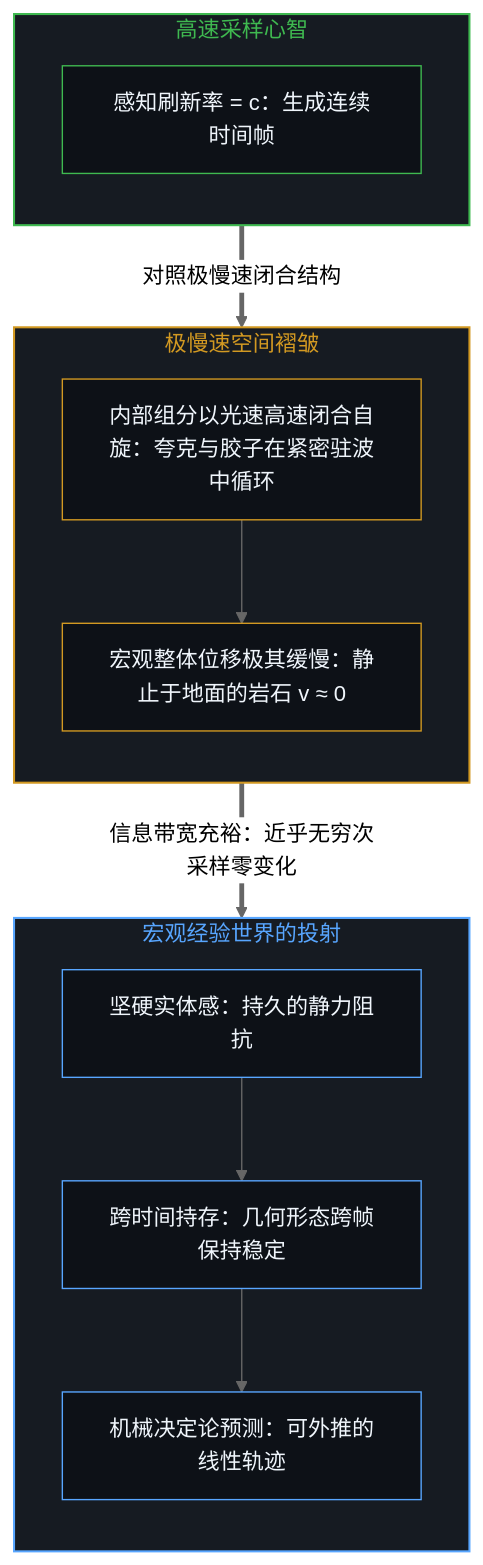
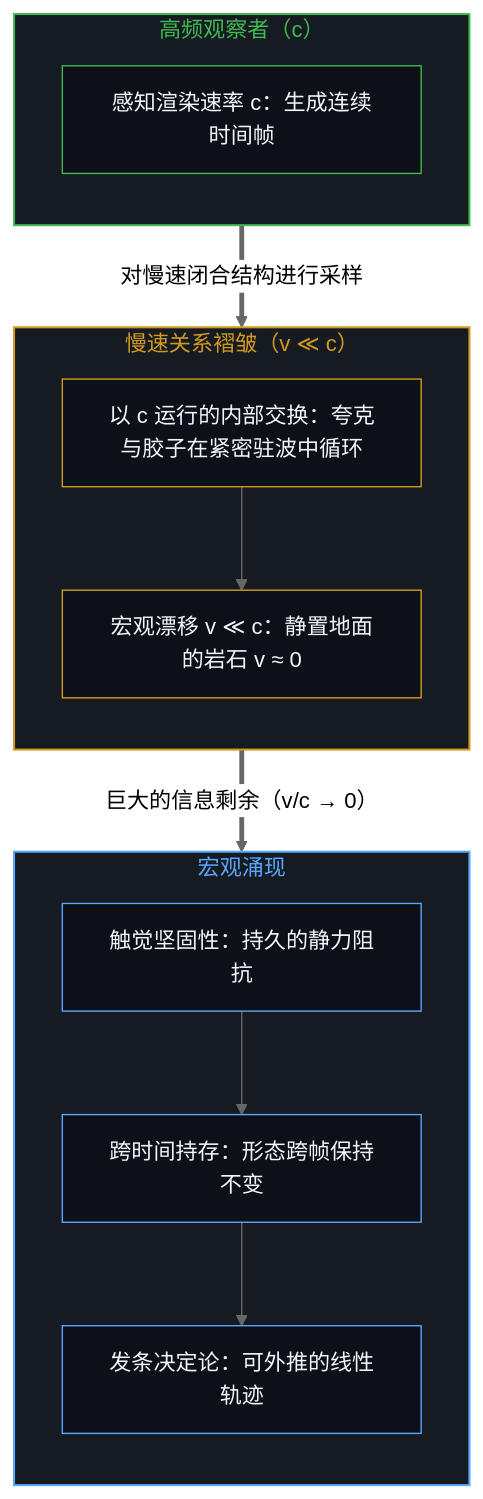
The fifth of 10 diagrams in content/posts/the-velocity-of-visibility.md (powerpig99/not-a-toe), drawn with Mermaid (neutral theme) before and after one commit. The commit also changed other lines of this file and 7 other files, not shown here.

````diff
--- a/content/posts/the-velocity-of-visibility.md
+++ b/content/posts/the-velocity-of-visibility.md
@@ -141,35 +131,31 @@
 ```mermaid
 flowchart TD
-    subgraph S_FastMind["高速采样心智"]
+    subgraph S_FastMind["高频观察者（c）"]
         direction TB
-        MindClock["感知刷新率 = c：生成连续时间帧"]
+        MindClock["感知渲染速率 c：生成连续时间帧"]
     end
-
-    subgraph S_SlowMatter["极慢速空间褶皱"]
+    subgraph S_SlowMatter["慢速关系褶皱（v ≪ c）"]
         direction TB
-        InternalSpin["内部组分以光速高速闭合自旋：夸克与胶子在紧密驻波中循环"]
-        MacroMotion["宏观整体位移极其缓慢：静止于地面的岩石 v ≈ 0"]
+        InternalSpin["以 c 运行的内部交换：夸克与胶子在紧密驻波中循环"]
+        MacroMotion["宏观漂移 v ≪ c：静置地面的岩石 v ≈ 0"]
         InternalSpin --> MacroMotion
     end
-
-    subgraph S_Projection["宏观经验世界的投射"]
+    subgraph S_Projection["宏观涌现"]
         direction TB
-        Solidity["坚硬实体感：持久的静力阻抗"]
-        Permanence["跨时间持存：几何形态跨帧保持稳定"]
-        Determinism["机械决定论预测：可外推的线性轨迹"]
+        Solidity["触觉坚固性：持久的静力阻抗"]
+        Permanence["跨时间持存：形态跨帧保持不变"]
+        Determinism["发条决定论：可外推的线性轨迹"]
         Solidity --> Permanence --> Determinism
     end
-
-    MindClock ==>|"对照极慢速闭合结构"| InternalSpin
-    MacroMotion ==>|"信息带宽充裕：近乎无穷次采样零变化"| Solidity
-
+    MindClock ==>|"对慢速闭合结构进行采样"| InternalSpin
+    MacroMotion ==>|"巨大的信息剩余（v/c → 0）"| Solidity
     style S_FastMind fill:#161b22,stroke:#3fb950,stroke-width:1.5px,color:#3fb950
     style S_SlowMatter fill:#161b22,stroke:#d29922,stroke-width:1.5px,color:#d29922
     style S_Projection fill:#161b22,stroke:#58a6ff,stroke-width:1.5px,color:#58a6ff
     style MindClock fill:#0d1117,stroke:#3fb950,stroke-width:1px,color:#f0f6fc
     style InternalSpin fill:#0d1117,stroke:#d29922,stroke-width:1px,color:#f0f6fc
     style MacroMotion fill:#0d1117,stroke:#d29922,stroke-width:1px,color:#f0f6fc
     style Solidity fill:#0d1117,stroke:#58a6ff,stroke-width:1px,color:#f0f6fc
     style Permanence fill:#0d1117,stroke:#58a6ff,stroke-width:1px,color:#f0f6fc
     style Determinism fill:#0d1117,stroke:#58a6ff,stroke-width:1px,color:#f0f6fc
 ```
````
